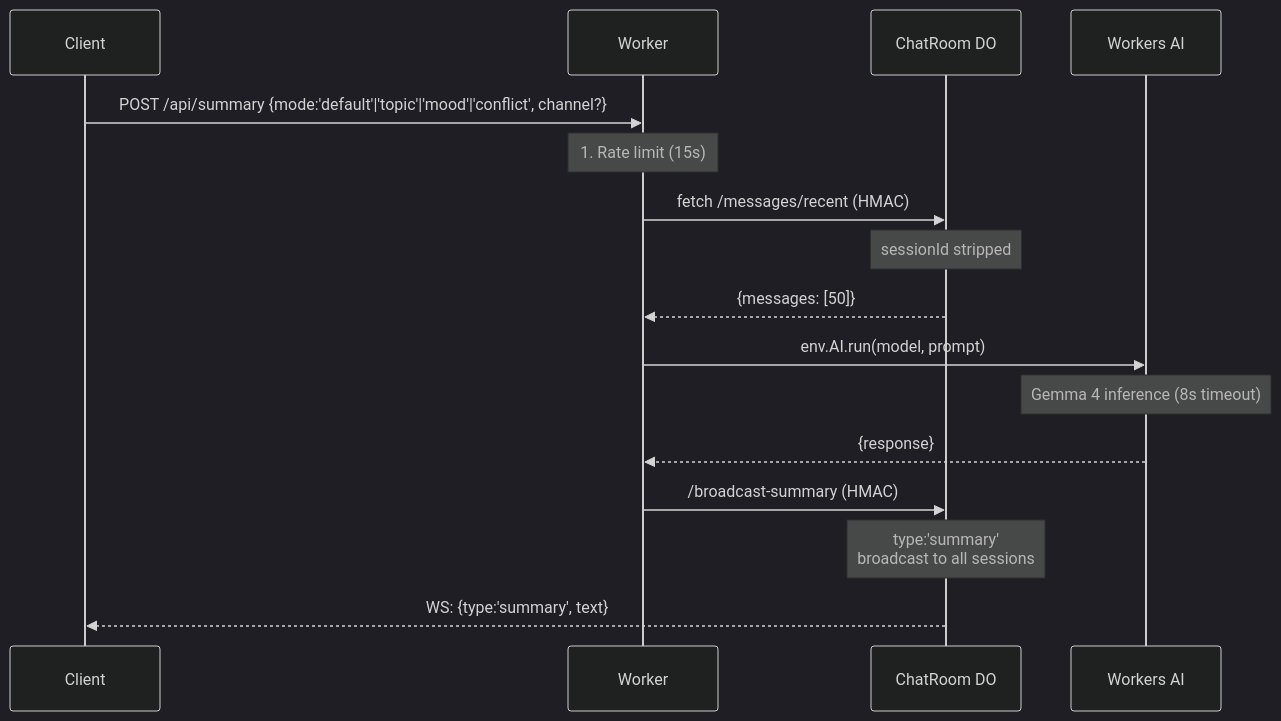
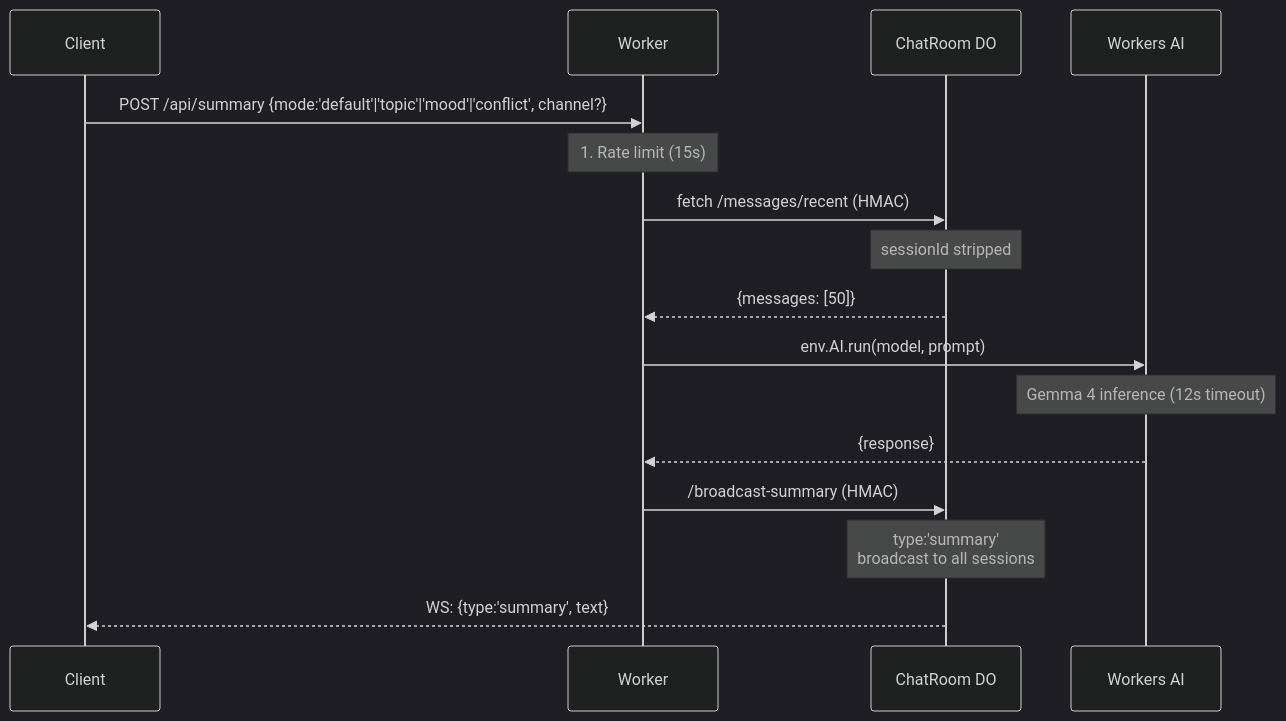
The fifth of 7 diagrams in docs/ARCHITECTURE.en.md (gguatit/Anonymous_Chat), drawn with Mermaid (dark theme) before and after one commit. The commit also changed 10 other files, not shown here.

````diff
--- a/docs/ARCHITECTURE.en.md
+++ b/docs/ARCHITECTURE.en.md
@@ -291,22 +291,22 @@
 ```mermaid
 sequenceDiagram
     participant C as Client
     participant W as Worker
     participant DO as ChatRoom DO
     participant AI as Workers AI
 
     C->>W: POST /api/summary {mode:'default'|'topic'|'mood'|'conflict', channel?}
 
     Note over W: 1. Rate limit (15s)
     W->>DO: fetch /messages/recent (HMAC)
     Note over DO: sessionId stripped
     DO-->>W: {messages: [50]}
 
     W->>AI: env.AI.run(model, prompt)
-    Note over AI: Gemma 4 inference (8s timeout)
+    Note over AI: Gemma 4 inference (12s timeout)
     AI-->>W: {response}
 
     W->>DO: /broadcast-summary (HMAC)
     Note over DO: type:'summary'<br/>broadcast to all sessions
     DO-->>C: WS: {type:'summary', text}
 ```
````
